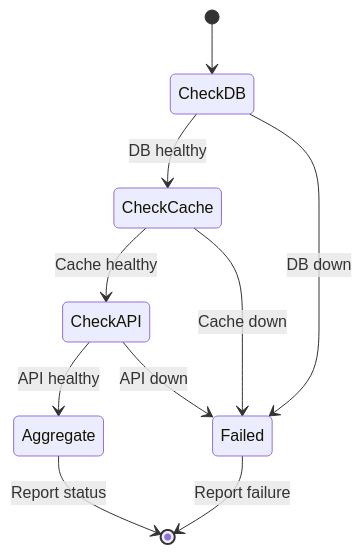
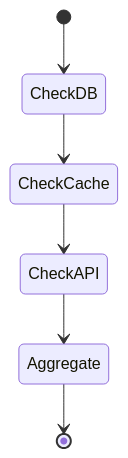
One commit to wisrovi/wpipe changed the fourth of 5 diagrams in examples/api_pipeline/14_health_checks/README.md. Above: the diagram before and after it, drawn with Mermaid. The commit also changed other lines of this file and 20 other files, not shown here.

First line of the commit message:
Simplify Mermaid diagrams for better rendering

````diff
--- a/examples/api_pipeline/14_health_checks/README.md
+++ b/examples/api_pipeline/14_health_checks/README.md
@@ -72,12 +56,8 @@
 ```mermaid
 stateDiagram-v2
     [*] --> CheckDB
-    CheckDB --> CheckCache: DB healthy
-    CheckDB --> Failed: DB down
-    CheckCache --> CheckAPI: Cache healthy
-    CheckCache --> Failed: Cache down
-    CheckAPI --> Aggregate: API healthy
-    CheckAPI --> Failed: API down
-    Aggregate --> [*]: Report status
-    Failed --> [*]: Report failure
+    CheckDB --> CheckCache
+    CheckCache --> CheckAPI
+    CheckAPI --> Aggregate
+    Aggregate --> [*]
 ```
````
